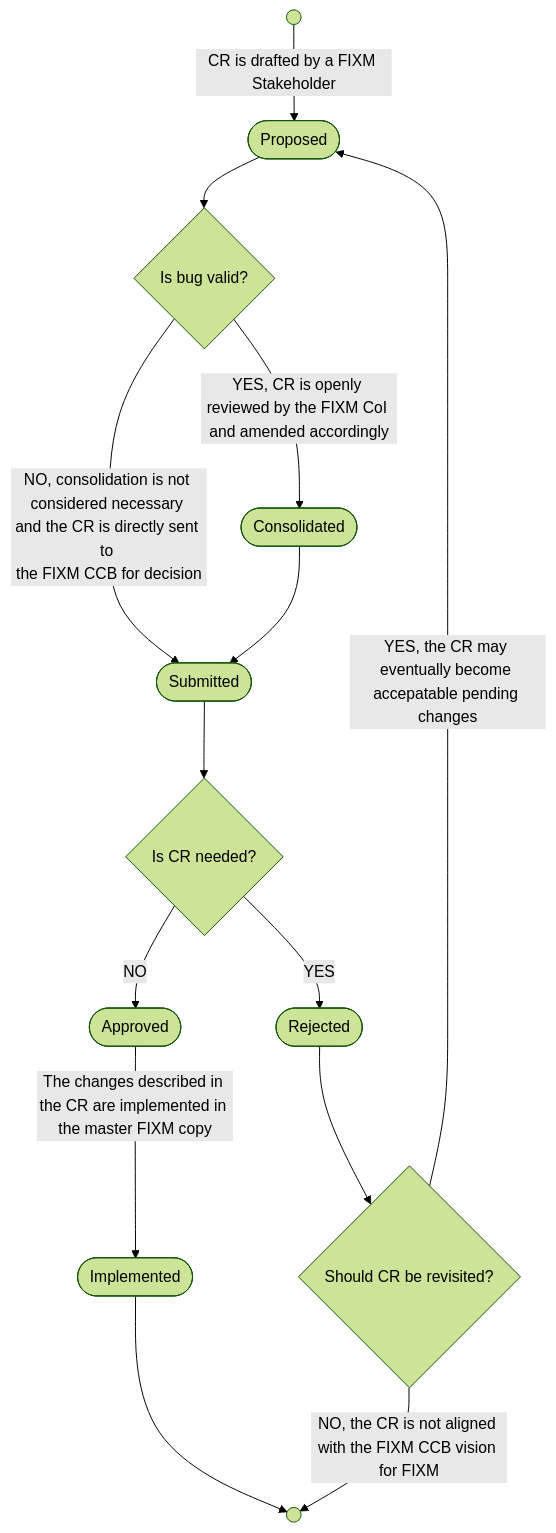
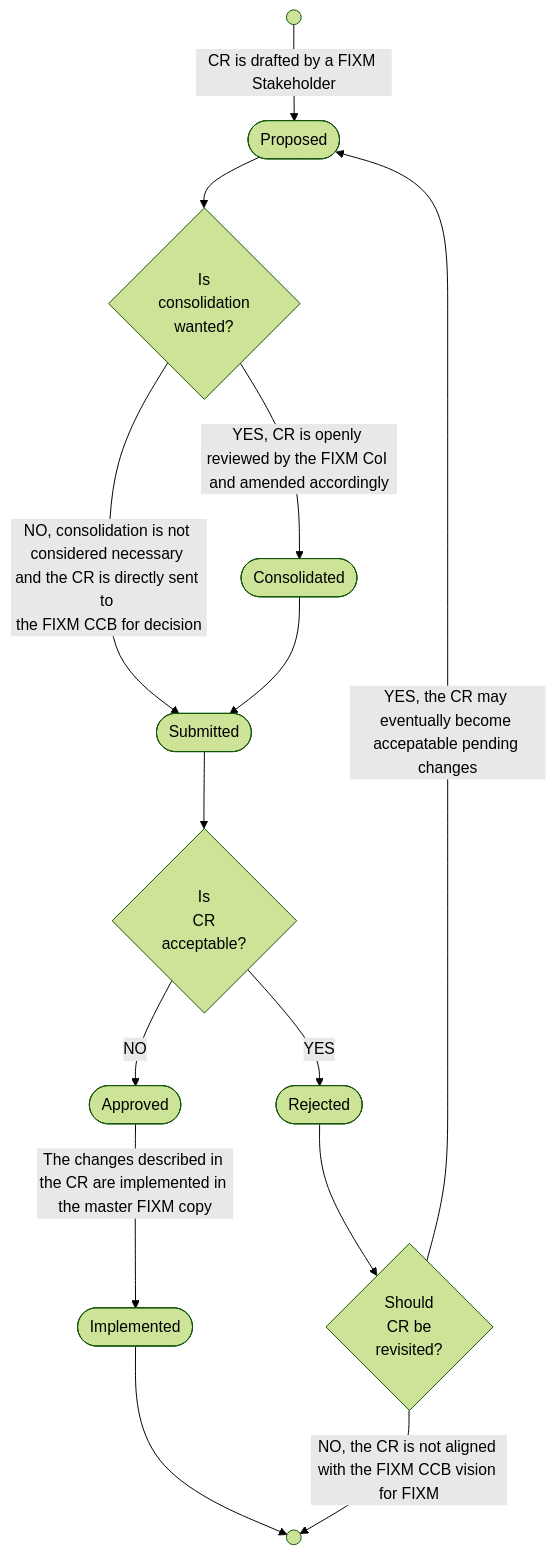
Before and after one commit to du-lapin/test_docsify: the fourth of 4 diagrams in docs/fixm/charter.md, drawn with Mermaid (forest theme).

````diff
--- a/docs/fixm/charter.md
+++ b/docs/fixm/charter.md
@@ -294,28 +294,28 @@
 ```mermaid
 graph TD
 INITIAL_STATE(( ))
 END_STATE(( ))
 PROPOSED([Proposed])
 CONSOLIDATED([Consolidated])
 SUBMITTED([Submitted])
 REJECTED([Rejected])
 APPROVED([Approved])
 IMPLEMENTED([Implemented])
-is_consolidation_wanted{Is bug valid?}
-is_CR_acceptable{Is CR needed?}
-should_CR_be_revisited{Should CR be revisited?}
+is_consolidation_wanted{Is<br>consolidation<br>wanted?}
+is_CR_acceptable{Is<br>CR<br>acceptable?}
+should_CR_be_revisited{Should<br>CR be<br>revisited?}
 
 INITIAL_STATE --> |CR is drafted by a FIXM Stakeholder| PROPOSED
 PROPOSED --> is_consolidation_wanted
 is_consolidation_wanted --> |NO, consolidation is not considered necessary <br>and the CR is directly sent to <br>the FIXM CCB for decision| SUBMITTED
 is_consolidation_wanted --> |YES, CR is openly reviewed by the FIXM CoI <br>and amended accordingly| CONSOLIDATED
 CONSOLIDATED --> | | SUBMITTED
 SUBMITTED --> | | is_CR_acceptable
 is_CR_acceptable --> |YES| REJECTED
 is_CR_acceptable --> |NO| APPROVED
 APPROVED --> |The changes described in the CR are implemented in the master FIXM copy| IMPLEMENTED
 IMPLEMENTED --> END_STATE
 REJECTED --> should_CR_be_revisited
 should_CR_be_revisited --> |YES, the CR may eventually become accepatable pending changes| PROPOSED
 should_CR_be_revisited --> |NO, the CR is not aligned with the FIXM CCB vision for FIXM| END_STATE
 ```
````
